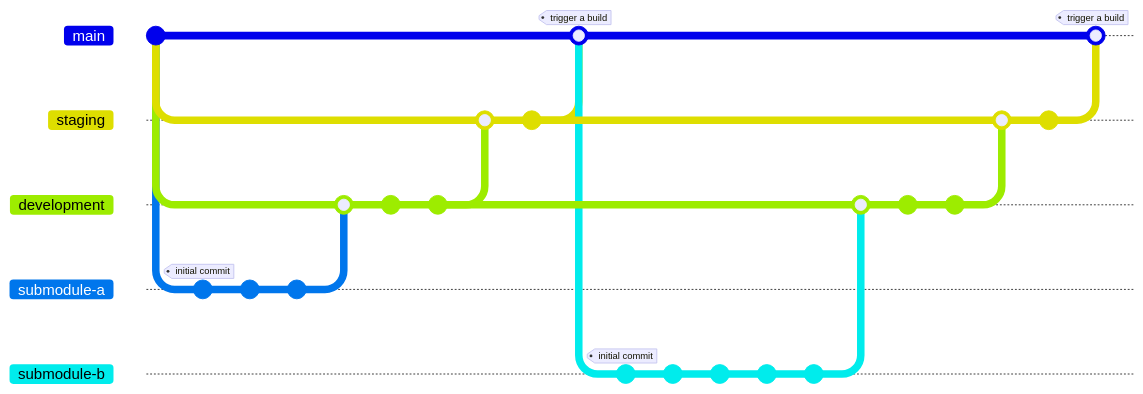
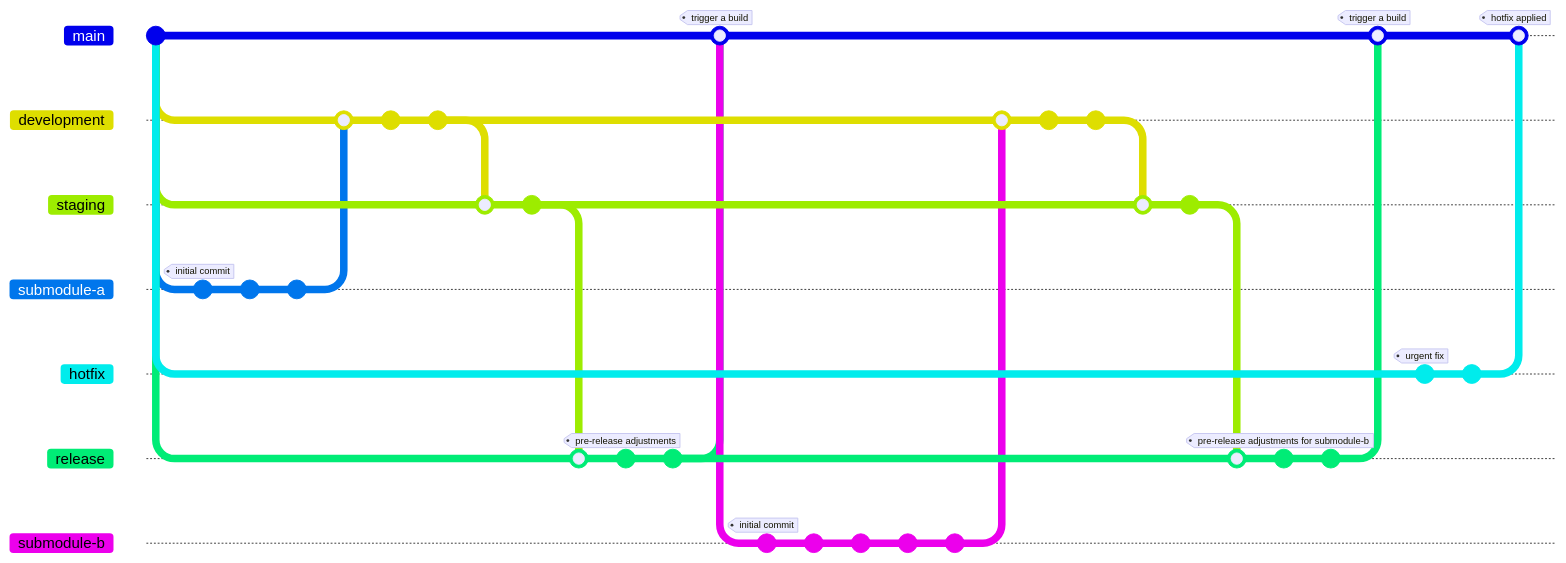
Before and after one commit to JonahsOrg/core: the first of 2 diagrams in README.md, drawn with Mermaid. Commit ids are hidden.

Commit message:
added release and hotfix branches

````diff
--- a/README.md
+++ b/README.md
@@ -56,46 +56,65 @@
 ```mermaid
 
 gitGraph
        commit  id: "v0.0.1"
 
+       branch development
        branch staging
-       branch development
        branch submodule-a
+       branch hotfix
+       branch release
 
        checkout submodule-a
        commit tag: "initial commit"
        commit
        commit
 
        checkout development
        merge submodule-a
        commit
        commit
 
        checkout staging
        merge development
        commit
 
+       checkout release
+       merge staging
+       commit tag: "pre-release adjustments"
+       commit
+
        checkout main
-       merge staging id: "v0.1.0" tag: "trigger a build"
+       merge release id: "v0.1.0" tag: "trigger a build"
 
        branch submodule-b
        commit tag: "initial commit"
        commit
        commit
        commit
        commit
 
        checkout development
        merge submodule-b
        commit
        commit
 
        checkout staging
        merge development
        commit
 
+       checkout release
+       merge staging
+       commit tag: "pre-release adjustments for submodule-b"
+       commit
+
        checkout main
-       merge staging id: "v1.0" tag: "trigger a build"
+       merge release id: "v1.0" tag: "trigger a build"
+
+       checkout hotfix
+       commit tag: "urgent fix"
+       commit
+
+       checkout main
+       merge hotfix tag: "hotfix applied"
 
 ```
````
